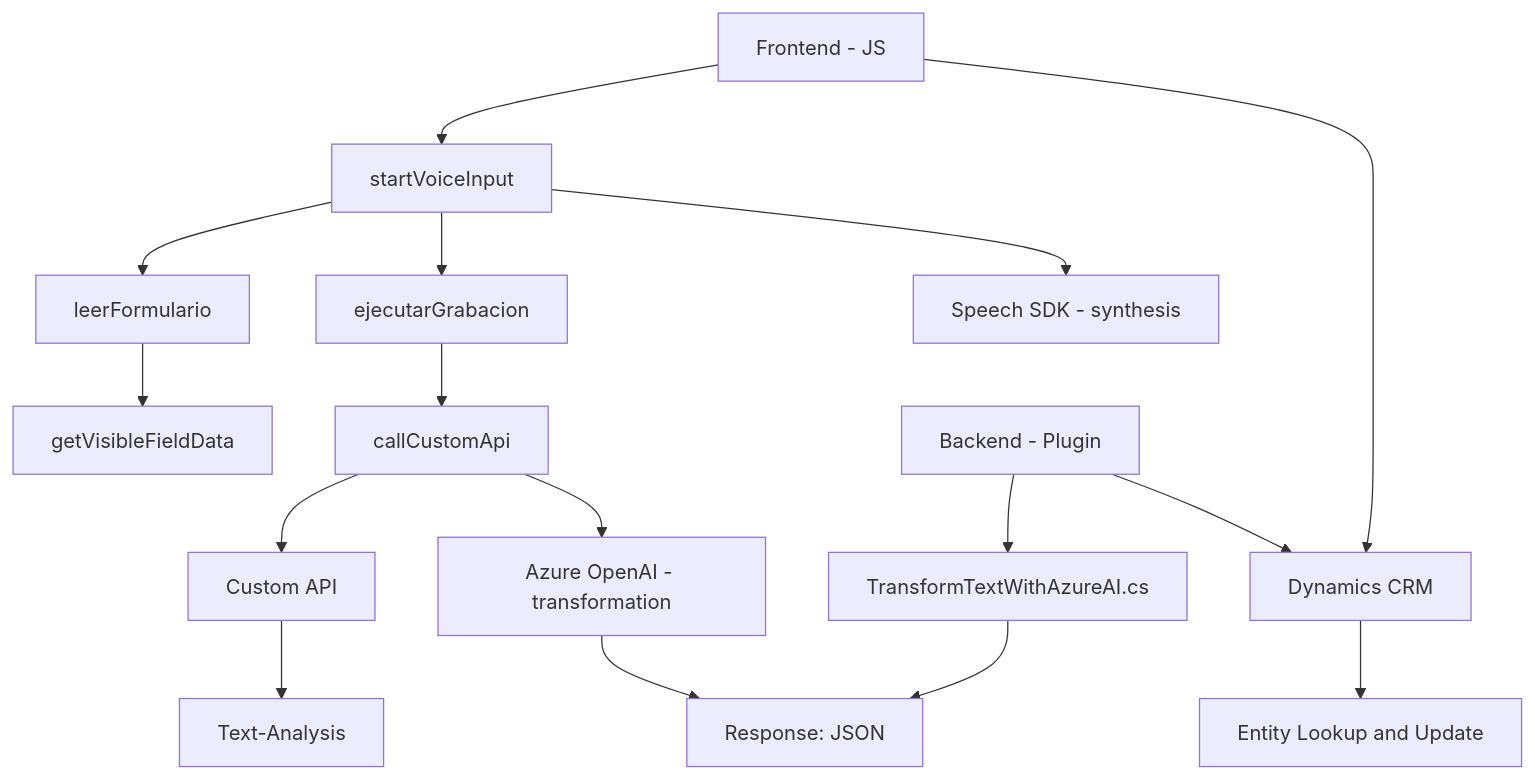
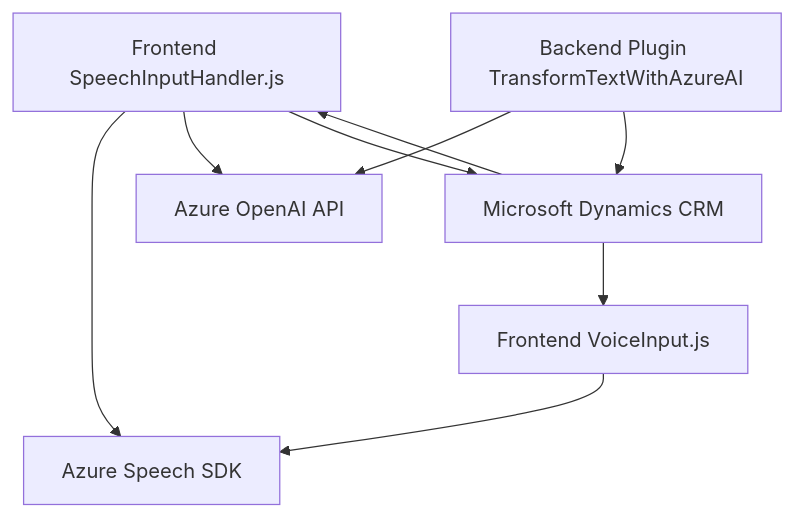
One commit to blopezdm/NETCORE_BILBAO2025 changed the diagram in README.md. Above: the diagram before and after it, drawn with Mermaid. The commit also changed other lines of this file, not shown here.

````diff
--- a/README.md
+++ b/README.md
@@ -40,20 +48,18 @@
 ```mermaid
 graph TD
-    A["Frontend - JS"] --> B["startVoiceInput"]
-    B --> C["leerFormulario"]
-    B --> D["ejecutarGrabacion"]
-    C --> E["getVisibleFieldData"]
-    D --> F["callCustomApi"]
-    F --> G["Custom API"]
-    B --> H["Speech SDK - synthesis"]
-    F --> I["Azure OpenAI - transformation"]
-    G --> J["Text-Analysis"]
-    I --> K["Response: JSON"]
-
-    L["Backend - Plugin"] --> M["TransformTextWithAzureAI.cs"]
-    M --> K
-    L --> N["Dynamics CRM"]
-    N --> O["Entity Lookup and Update"]
-
-    A --> N
+  A["Frontend VoiceInput.js"]
+  B["Frontend SpeechInputHandler.js"]
+  C["Backend Plugin TransformTextWithAzureAI"]
+  D["Microsoft Dynamics CRM"]
+  E["Azure Speech SDK"]
+  F["Azure OpenAI API"]
+  
+  A --> E
+  B --> E
+  B --> F
+  B --> D
+  C --> F
+  C --> D
+  D --> A
+  D --> B
 ```
````
